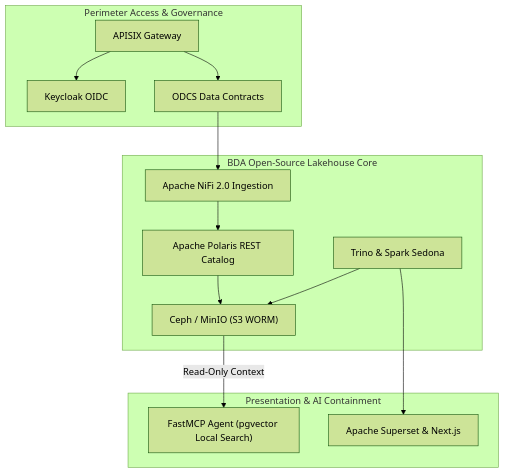
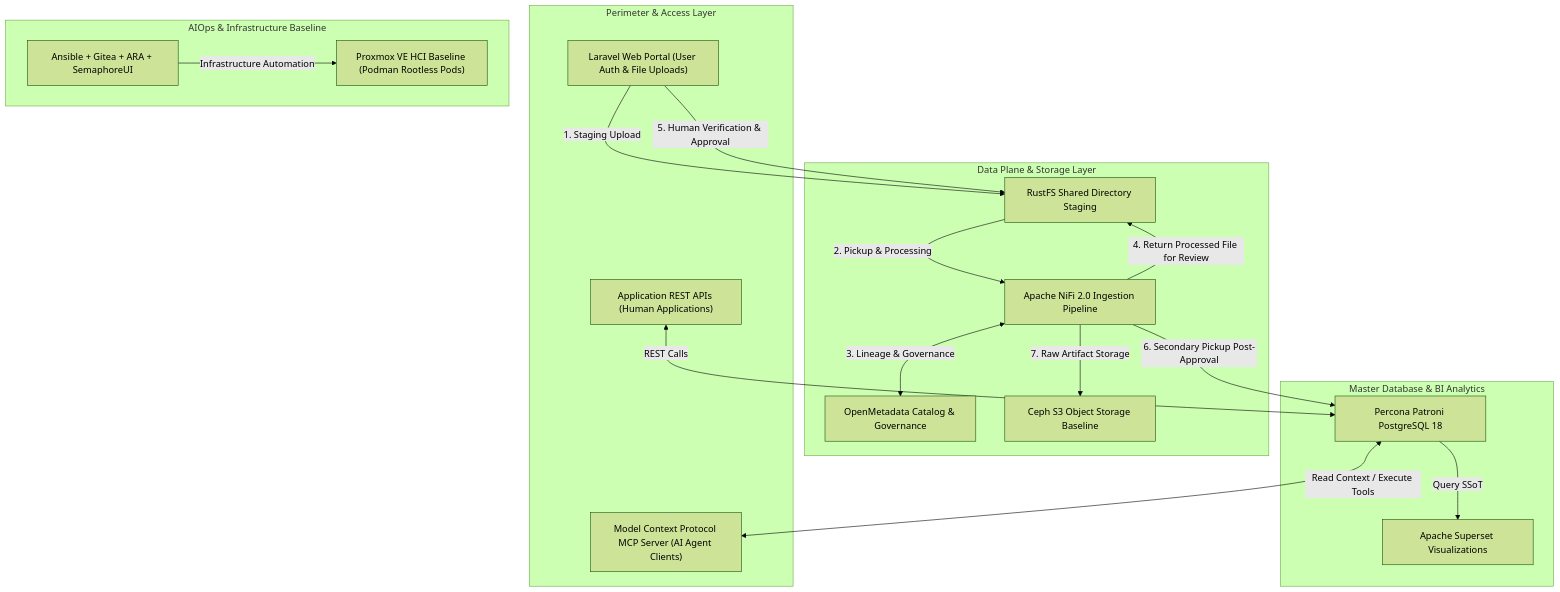
One commit to linuxmalaysia/bda-ai-infra changed the diagram in README.md. Above: the diagram before and after it, drawn with Mermaid (forest theme). The commit also changed other lines of this file and 4 other files, not shown here.

Commit message:
Adopt Human-AI Quarantine Architecture with custom stack

````diff
--- a/README.md
+++ b/README.md
@@ -110,31 +119,37 @@
 ```mermaid
 flowchart TD
-    subgraph Ingress ["Perimeter Access & Governance"]
-        APISIX["APISIX Gateway"]
-        Keycloak["Keycloak OIDC"]
-        ODCS["ODCS Data Contracts"]
+    subgraph Clients ["Perimeter & Access Layer"]
+        Laravel["Laravel Web Portal (User Auth & File Uploads)"]
+        RestAPI["Application REST APIs (Human Applications)"]
+        MCP["Model Context Protocol MCP Server (AI Agent Clients)"]
     end
 
-    subgraph Core ["BDA Open-Source Lakehouse Core"]
-        NiFi["Apache NiFi 2.0 Ingestion"]
-        Polaris["Apache Polaris REST Catalog"]
-        Ceph["Ceph / MinIO (S3 WORM)"]
-        Trino["Trino & Spark Sedona"]
+    subgraph DataPlane ["Data Plane & Storage Layer"]
+        RustFS["RustFS Shared Directory Staging"]
+        NiFi["Apache NiFi 2.0 Ingestion Pipeline"]
+        OpenMetadata["OpenMetadata Catalog & Governance"]
+        Ceph["Ceph S3 Object Storage Baseline"]
     end
 
-    subgraph Delivery ["Presentation & AI Containment"]
-        Superset["Apache Superset & Next.js"]
-        MCP["FastMCP Agent (pgvector Local Search)"]
+    subgraph CoreDB ["Master Database & BI Analytics"]
+        Postgres["Percona Patroni PostgreSQL 18"]
+        Superset["Apache Superset Visualizations"]
     end
 
-    APISIX --> Keycloak
-    APISIX --> ODCS
-    ODCS --> NiFi
+    subgraph ControlPlane ["AIOps & Infrastructure Baseline"]
+        AIOps["Ansible + Gitea + ARA + SemaphoreUI"]
+        Proxmox["Proxmox VE HCI Baseline (Podman Rootless Pods)"]
+    end
 
-    NiFi --> Polaris
-    Polaris --> Ceph
-    Trino --> Ceph
-
-    Trino --> Superset
-    Ceph -->|"Read-Only Context"| MCP
+    Laravel -->|"1. Staging Upload"| RustFS
+    RustFS -->|"2. Pickup & Processing"| NiFi
+    NiFi <-->|"3. Lineage & Governance"| OpenMetadata
+    NiFi -->|"4. Return Processed File for Review"| RustFS
+    Laravel -->|"5. Human Verification & Approval"| RustFS
+    NiFi -->|"6. Secondary Pickup Post-Approval"| Postgres
+    NiFi -->|"7. Raw Artifact Storage"| Ceph
+    Postgres -->|"Query SSoT"| Superset
+    Postgres <-->|"Read Context / Execute Tools"| MCP
+    RestAPI <-->|"REST Calls"| Postgres
+    AIOps -->|"Infrastructure Automation"| Proxmox
 ```
````
